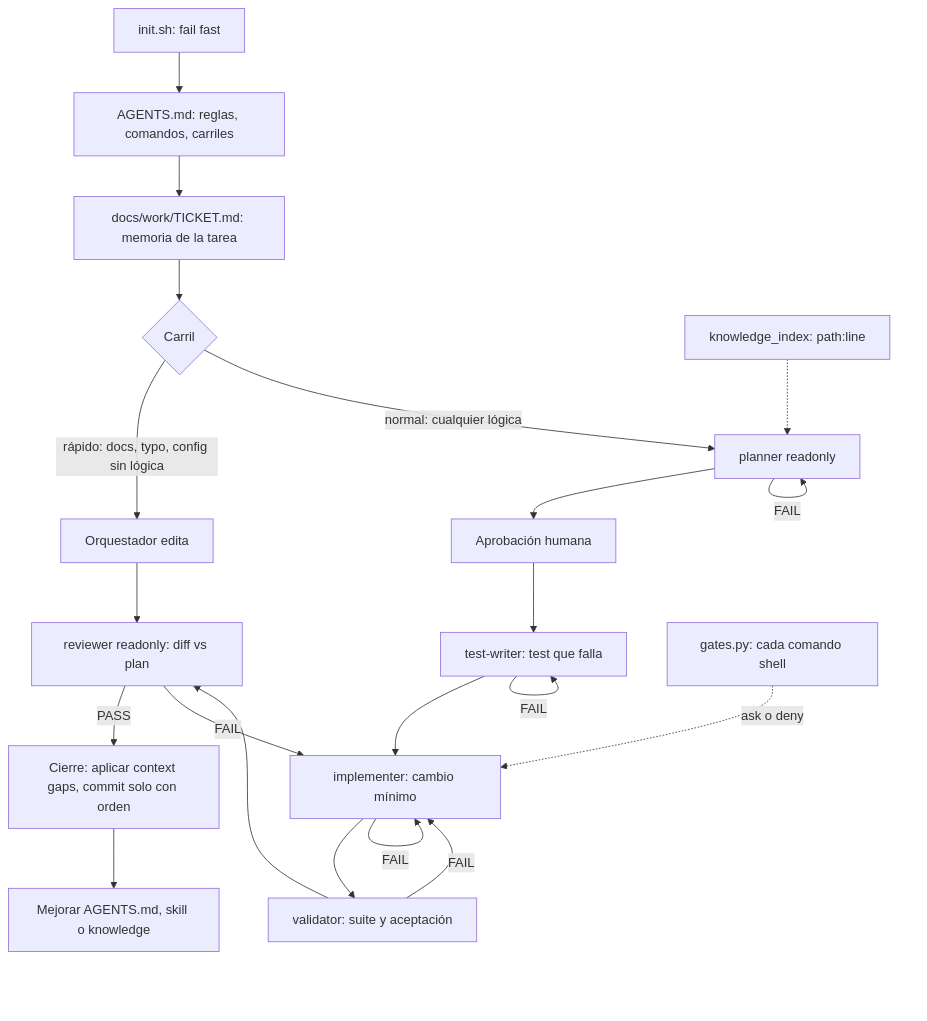
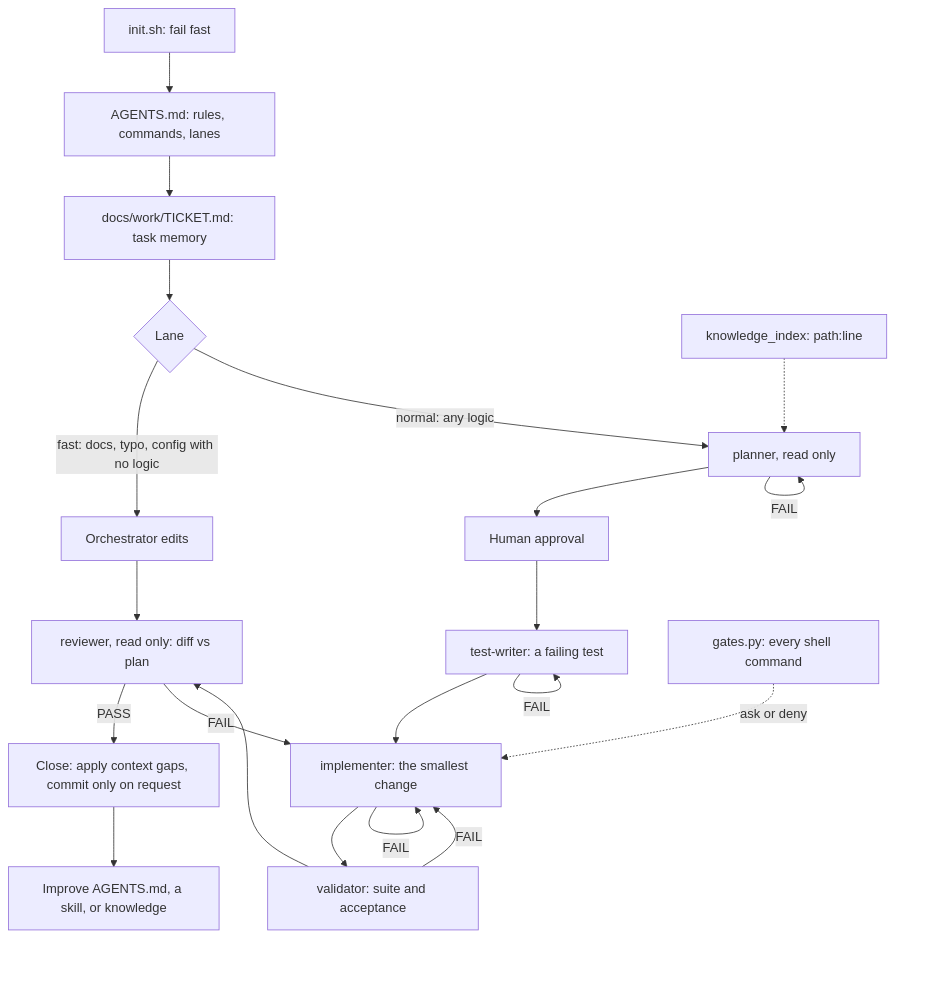
One commit to AbdielFco/why-harness changed the diagram in docs/concepts/pipeline-and-lanes.md. Above: the diagram before and after it, drawn with Mermaid. The commit also changed other lines of this file and 55 other files, not shown here.

````diff
--- a/docs/concepts/pipeline-and-lanes.md
+++ b/docs/concepts/pipeline-and-lanes.md
@@ -15,23 +17,23 @@
 ```mermaid
 flowchart TD
-  start["init.sh: fail fast"] --> entry["AGENTS.md: reglas, comandos, carriles"]
-  entry --> work["docs/work/TICKET.md: memoria de la tarea"]
-  work --> lane{"Carril"}
-  lane -->|"rápido: docs, typo, config sin lógica"| fastEdit["Orquestador edita"]
+  start["init.sh: fail fast"] --> entry["AGENTS.md: rules, commands, lanes"]
+  entry --> work["docs/work/TICKET.md: task memory"]
+  work --> lane{"Lane"}
+  lane -->|"fast: docs, typo, config with no logic"| fastEdit["Orchestrator edits"]
   fastEdit --> rev
-  lane -->|"normal: cualquier lógica"| planner["planner readonly"]
-  planner --> human["Aprobación humana"]
-  human --> tw["test-writer: test que falla"]
-  tw --> impl["implementer: cambio mínimo"]
-  impl --> val["validator: suite y aceptación"]
-  val --> rev["reviewer readonly: diff vs plan"]
-  rev -->|PASS| close["Cierre: aplicar context gaps, commit solo con orden"]
+  lane -->|"normal: any logic"| planner["planner, read only"]
+  planner --> human["Human approval"]
+  human --> tw["test-writer: a failing test"]
+  tw --> impl["implementer: the smallest change"]
+  impl --> val["validator: suite and acceptance"]
+  val --> rev["reviewer, read only: diff vs plan"]
+  rev -->|PASS| close["Close: apply context gaps, commit only on request"]
   planner -->|FAIL| planner
   tw -->|FAIL| tw
   impl -->|FAIL| impl
   val -->|FAIL| impl
   rev -->|FAIL| impl
-  close --> layers["Mejorar AGENTS.md, skill o knowledge"]
-  hook["gates.py: cada comando shell"] -.->|"ask o deny"| impl
+  close --> layers["Improve AGENTS.md, a skill, or knowledge"]
+  hook["gates.py: every shell command"] -.->|"ask or deny"| impl
   search["knowledge_index: path:line"] -.-> planner
 ```
````
